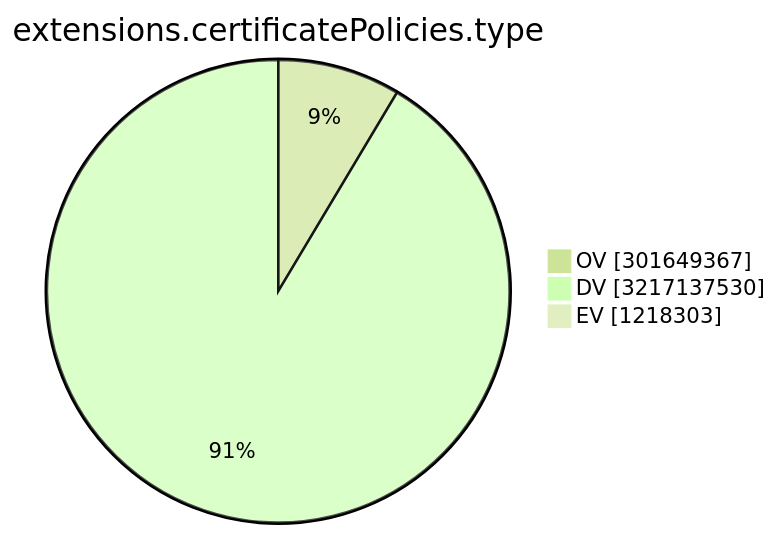
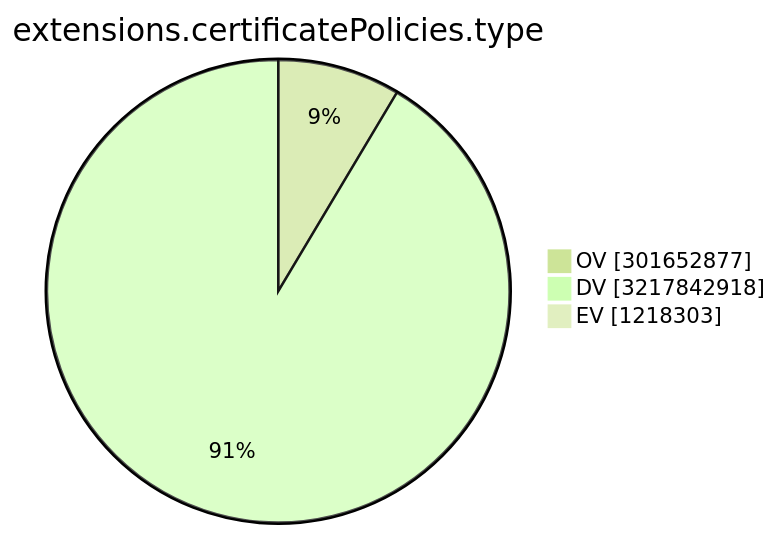
The ninth of 15 diagrams in TOTAL/README.md (christiankrug/ctmonitor_visualization), drawn with Mermaid (forest theme) before and after one commit. The commit also changed other lines of this file, not shown here.

````diff
--- a/TOTAL/README.md
+++ b/TOTAL/README.md
@@ -3106,7 +3106,7 @@
 ```mermaid
 pie showData
 title extensions.certificatePolicies.type
-"OV" :301649367
-"DV" :3217137530
+"OV" :301652877
+"DV" :3217842918
 "EV" :1218303
 ```
````
